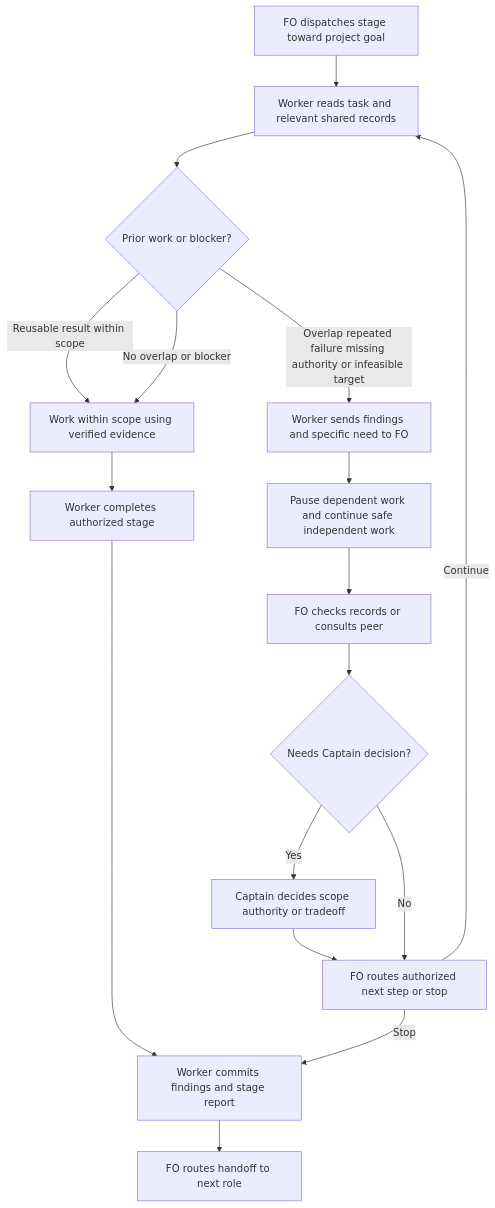
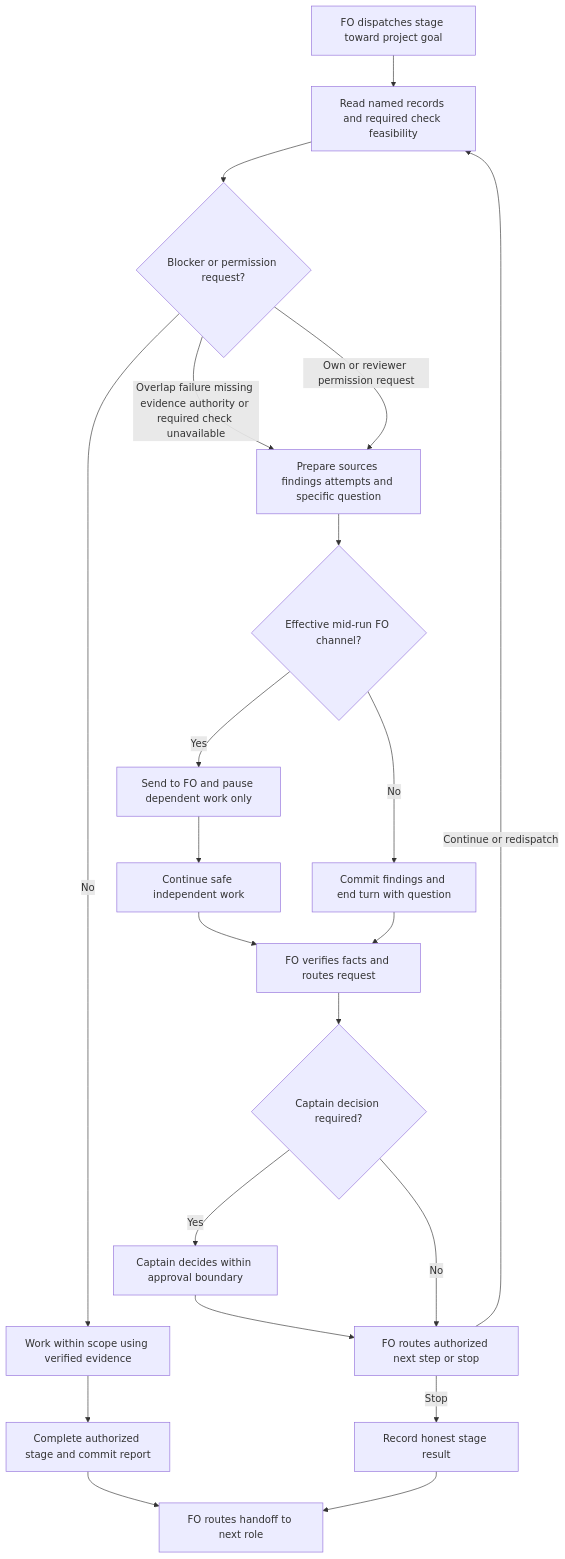
Before and after one commit to iamcxa/kc-claude-plugins: the diagram in worker-knows-the-team-and-asks-early.md, drawn with Mermaid. The commit also changed other lines of this file, not shown here.

Commit message:
state: update worker-knows-the-team-and-asks-early

````diff
--- a/worker-knows-the-team-and-asks-early.md
+++ b/worker-knows-the-team-and-asks-early.md
@@ -109,19 +129,23 @@
 ```mermaid
 flowchart TD
-  F[FO dispatches stage toward project goal] --> W[Worker reads task and relevant shared records]
-  W --> C{Prior work or blocker?}
-  C -->|Reusable result within scope| U[Work within scope using verified evidence]
-  C -->|No overlap or blocker| U
-  C -->|Overlap repeated failure missing authority or infeasible target| H[Worker sends findings and specific need to FO]
-  H --> P[Pause dependent work and continue safe independent work]
-  P --> O[FO checks records or consults peer]
-  O --> D{Needs Captain decision?}
-  D -->|Yes| A[Captain decides scope authority or tradeoff]
+  F[FO dispatches stage toward project goal] --> W[Read named records and required check feasibility]
+  W --> C{Blocker or permission request?}
+  C -->|No| U[Work within scope using verified evidence]
+  C -->|Overlap failure missing evidence authority or required check unavailable| H[Prepare sources findings attempts and specific question]
+  C -->|Own or reviewer permission request| H
+  H --> T{Effective mid-run FO channel?}
+  T -->|Yes| P[Send to FO and pause dependent work only]
+  P --> I[Continue safe independent work]
+  I --> O[FO verifies facts and routes request]
+  T -->|No| B[Commit findings and end turn with question]
+  B --> O
+  O --> D{Captain decision required?}
+  D -->|Yes| A[Captain decides within approval boundary]
   A --> R[FO routes authorized next step or stop]
   D -->|No| R
-  R -->|Continue| W
-  R -->|Stop| S[Worker commits findings and stage report]
-  U --> E[Worker completes authorized stage]
-  E --> S
-  S --> N[FO routes handoff to next role]
+  R -->|Continue or redispatch| W
+  R -->|Stop| S[Record honest stage result]
+  U --> E[Complete authorized stage and commit report]
+  E --> N[FO routes handoff to next role]
+  S --> N
 ```
````
